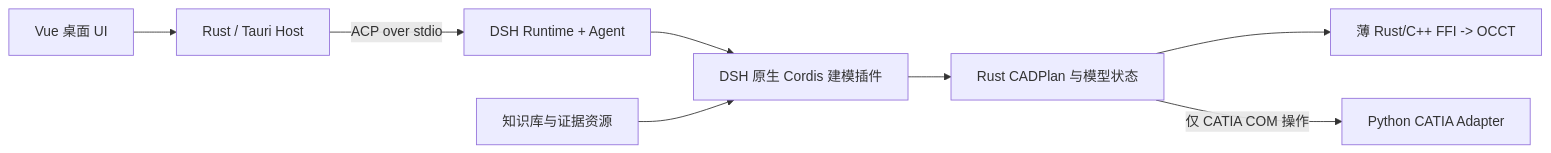
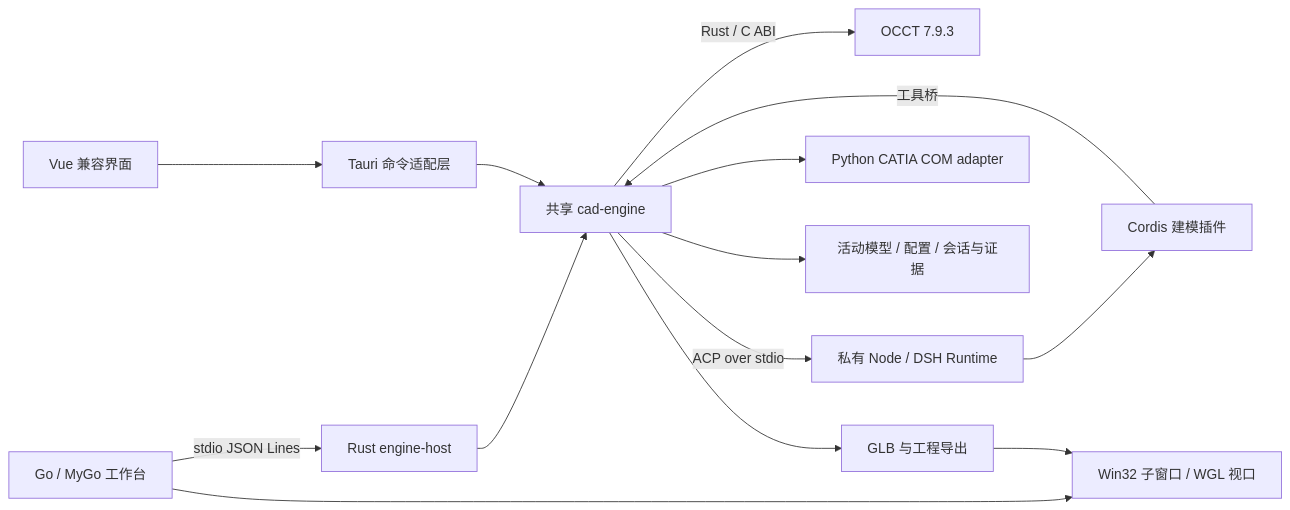
One commit to Industrial-Arcane-Society/form-recall changed the diagram in docs/01-architecture/01-target-architecture.md. Above: the diagram before and after it, drawn with Mermaid. The commit also changed other lines of this file and 278 other files, not shown here.

````diff
--- a/docs/01-architecture/01-target-architecture.md
+++ b/docs/01-architecture/01-target-architecture.md
@@ -5,10 +7,16 @@
 ```mermaid
 flowchart LR
-  UI[Vue 桌面 UI] --> HOST[Rust / Tauri Host]
-  HOST -->|ACP over stdio| DSH[DSH Runtime + Agent]
-  DSH --> PLUGIN[DSH 原生 Cordis 建模插件]
-  PLUGIN --> CAD[Rust CADPlan 与模型状态]
-  CAD --> OCC[薄 Rust/C++ FFI -> OCCT]
-  CAD -->|仅 CATIA COM 操作| PY[Python CATIA Adapter]
-  KB[知识库与证据资源] --> PLUGIN
+  UI[Go / MyGo 工作台] -->|stdio JSON Lines| HOST[Rust engine-host]
+  UI --> VIEW[Win32 子窗口 / WGL 视口]
+  HOST --> CORE[共享 cad-engine]
+  VUE[Vue 兼容界面] --> TAURI[Tauri 命令适配层]
+  TAURI --> CORE
+  CORE -->|Rust / C ABI| OCC[OCCT 7.9.3]
+  CORE -->|ACP over stdio| DSH[私有 Node / DSH Runtime]
+  DSH --> PLUGIN[Cordis 建模插件]
+  PLUGIN -->|工具桥| CORE
+  CORE --> PY[Python CATIA COM adapter]
+  CORE --> STATE[活动模型 / 配置 / 会话与证据]
+  CORE --> GLB[GLB 与工程导出]
+  GLB --> VIEW
 ```
````
